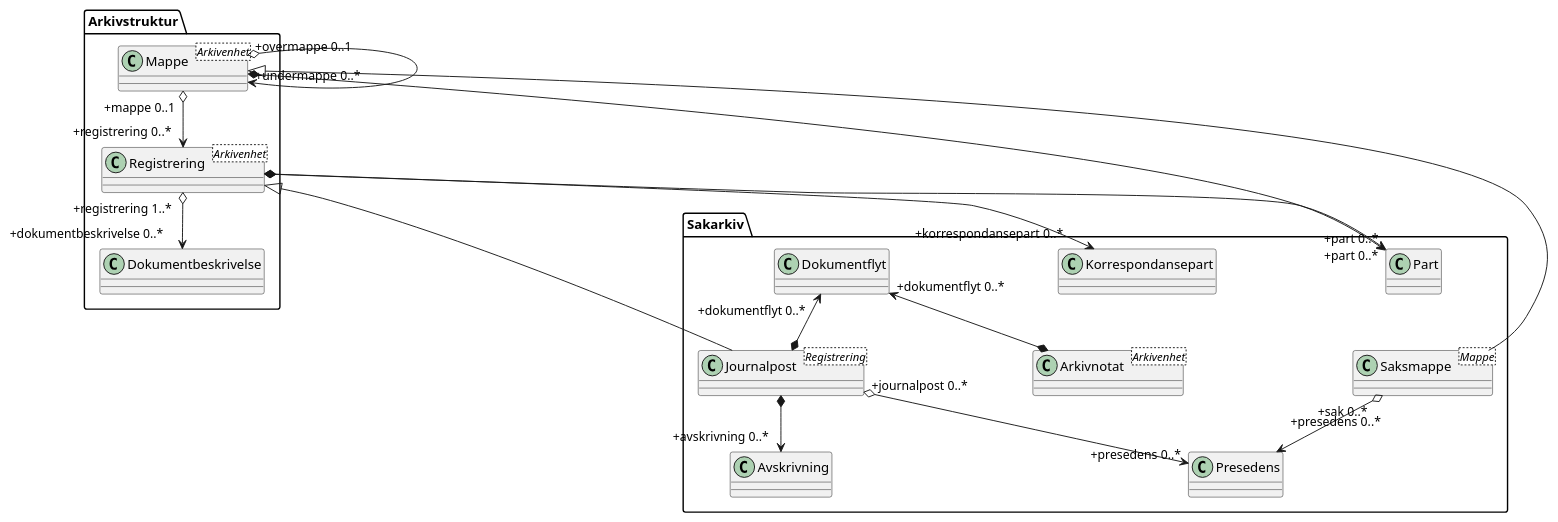
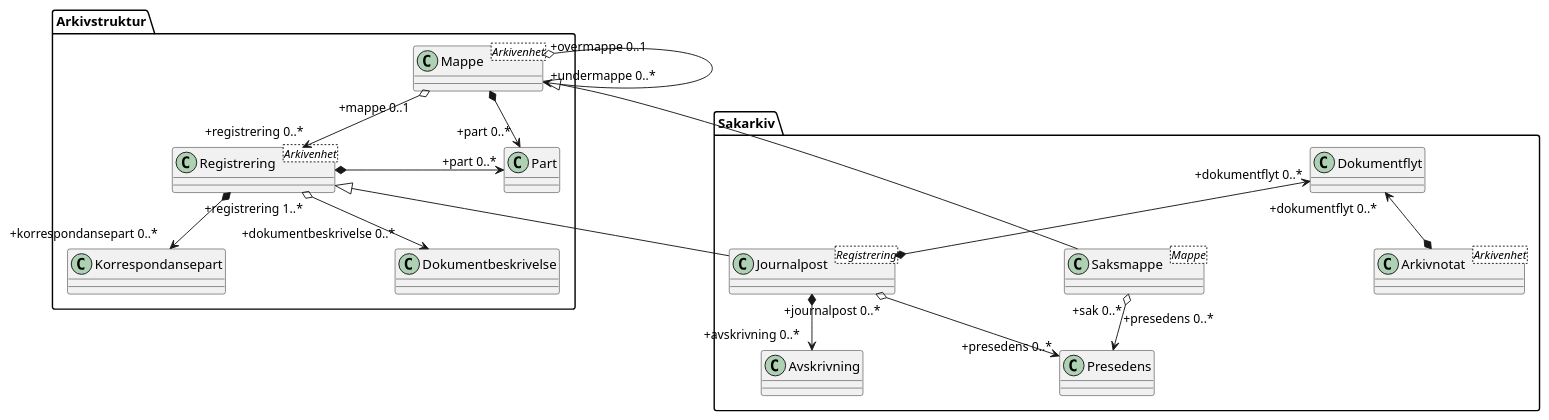
One commit to arkivverket/noark5-tjenestegrensesnitt-standard changed the diagram in kapitler/media/uml-sakarkiv-entiteter.puml. Above: the diagram before and after it, drawn with PlantUML. The commit also changed 17 other files, not shown here.

First line of the commit message:
Flytt Part, Korrespondansepart, EnkelAdresse og Kontaktinformasion

```diff
--- a/kapitler/media/uml-sakarkiv-entiteter.puml
+++ b/kapitler/media/uml-sakarkiv-entiteter.puml
@@ -1,27 +1,27 @@
 @startuml uml-sakarkiv-entiteter.puml
 skinparam classAttributeIconSize 0
 skinparam nodesep 180
 
 class Arkivstruktur.Mappe <Arkivenhet>
 class Arkivstruktur.Registrering <Arkivenhet>
 class Sakarkiv.Journalpost <Registrering>
 class Sakarkiv.Saksmappe <Mappe>
 class Sakarkiv.Arkivnotat <Arkivenhet>
 
 Arkivstruktur.Registrering <|-- Sakarkiv.Journalpost
 Arkivstruktur.Mappe <|-- Sakarkiv.Saksmappe
 
 Arkivstruktur.Mappe "+mappe 0..1" o--> "+registrering 0..*" Arkivstruktur.Registrering
 Arkivstruktur.Mappe "+overmappe 0..1" o--> "+undermappe 0..*" Arkivstruktur.Mappe
-Arkivstruktur.Mappe *-> "+part 0..*" Sakarkiv.Part
-Arkivstruktur.Registrering *-> "+part 0..*" Sakarkiv.Part
+Arkivstruktur.Mappe *-> "+part 0..*" Arkivstruktur.Part
+Arkivstruktur.Registrering *-> "+part 0..*" Arkivstruktur.Part
 Sakarkiv.Saksmappe "+sak 0..*" o--> "+presedens 0..*\n" Sakarkiv.Presedens
 Sakarkiv.Journalpost "+journalpost 0..*" o--> "+presedens 0..*" Sakarkiv.Presedens
 
-Arkivstruktur.Registrering *--> "+korrespondansepart 0..*" Sakarkiv.Korrespondansepart
+Arkivstruktur.Registrering *--> "+korrespondansepart 0..*" Arkivstruktur.Korrespondansepart
 Sakarkiv.Journalpost *--> "+avskrivning 0..*" Sakarkiv.Avskrivning
 Sakarkiv.Dokumentflyt "+dokumentflyt 0..*" <--* Sakarkiv.Journalpost
 Sakarkiv.Dokumentflyt "+dokumentflyt 0..*" <--* Sakarkiv.Arkivnotat
 
 Arkivstruktur.Registrering "+registrering 1..*" o--> "+dokumentbeskrivelse 0..*" Arkivstruktur.Dokumentbeskrivelse 
 @enduml
```
